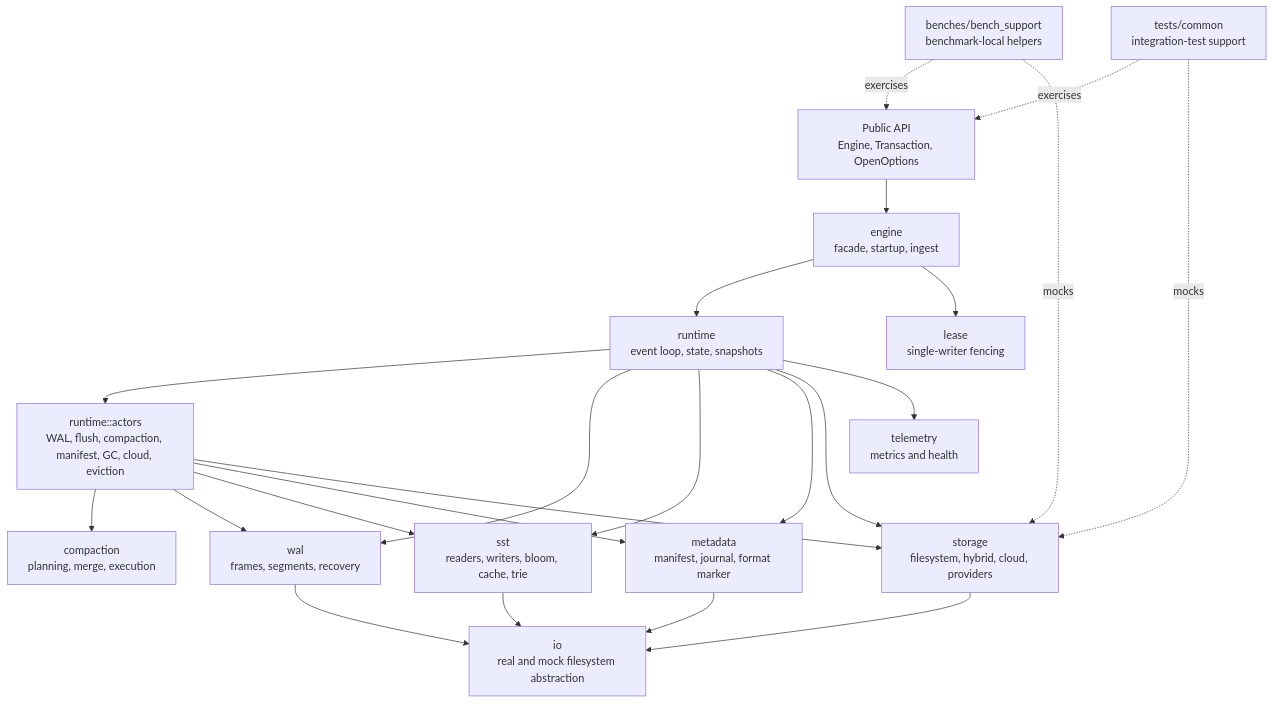
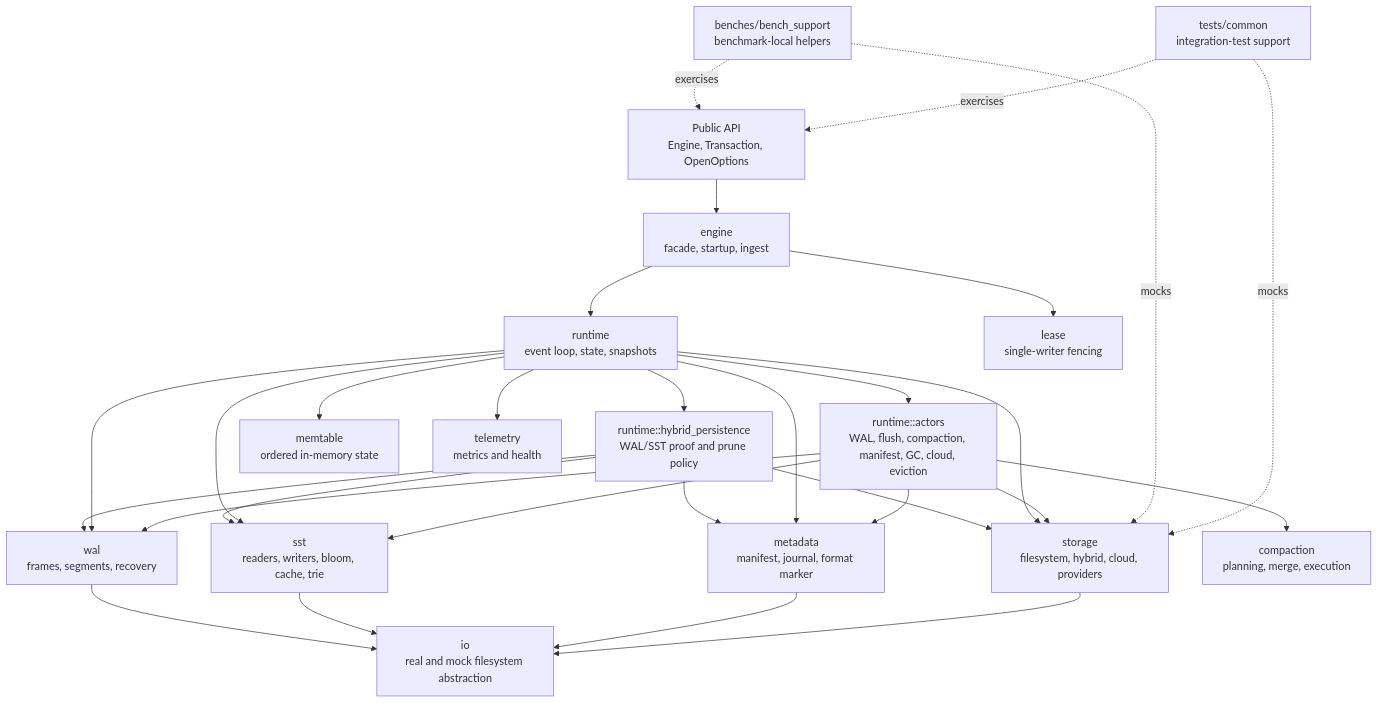
Before and after one commit to cntryl/midge: the first of 10 diagrams in docs/development/architecture-diagrams.md, drawn with Mermaid. The commit also changed other lines of this file and 38 other files, not shown here.

First line of the commit message:
feat: harden runtime architecture and cloud metadata

````diff
--- a/docs/development/architecture-diagrams.md
+++ b/docs/development/architecture-diagrams.md
@@ -7,40 +7,48 @@
 ```mermaid
 flowchart TB
     API["Public API<br/>Engine, Transaction, OpenOptions"]
     Engine["engine<br/>facade, startup, ingest"]
     Runtime["runtime<br/>event loop, state, snapshots"]
+    HybridRuntime["runtime::hybrid_persistence<br/>WAL/SST proof and prune policy"]
     Actors["runtime::actors<br/>WAL, flush, compaction, manifest, GC, cloud, eviction"]
+    Memtable["memtable<br/>ordered in-memory state"]
     WAL["wal<br/>frames, segments, recovery"]
     SST["sst<br/>readers, writers, bloom, cache, trie"]
     Metadata["metadata<br/>manifest, journal, format marker"]
     Storage["storage<br/>filesystem, hybrid, cloud, providers"]
     IO["io<br/>real and mock filesystem abstraction"]
     Compaction["compaction<br/>planning, merge, execution"]
     Lease["lease<br/>single-writer fencing"]
     Telemetry["telemetry<br/>metrics and health"]
     BenchSupport["benches/bench_support<br/>benchmark-local helpers"]
     TestSupport["tests/common<br/>integration-test support"]
 
     API --> Engine
     Engine --> Runtime
     Engine --> Lease
     Runtime --> Actors
+    Runtime --> HybridRuntime
+    HybridRuntime --> WAL
+    HybridRuntime --> SST
+    HybridRuntime --> Metadata
+    HybridRuntime --> Storage
+    Runtime --> Memtable
     Runtime --> WAL
     Runtime --> SST
     Runtime --> Metadata
     Runtime --> Storage
     Actors --> Compaction
     Actors --> WAL
     Actors --> SST
     Actors --> Metadata
     Actors --> Storage
     WAL --> IO
     SST --> IO
     Metadata --> IO
     Storage --> IO
     Runtime --> Telemetry
     BenchSupport -. exercises .-> API
     BenchSupport -. mocks .-> Storage
     TestSupport -. exercises .-> API
     TestSupport -. mocks .-> Storage
 ```
````
